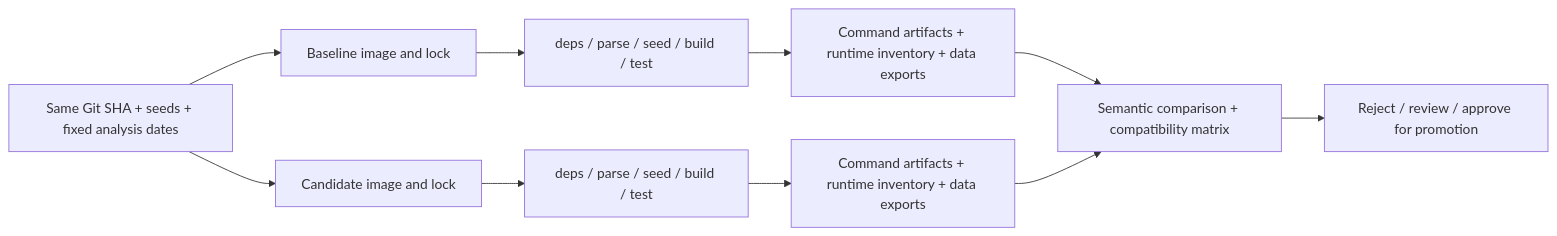
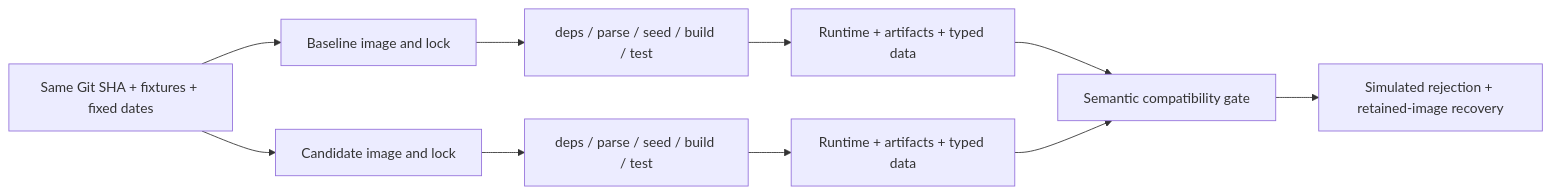
Before and after one commit to Etti95/reproducible-dbt-upgrade-lab: the diagram in README.md, drawn with Mermaid. The commit also changed other lines of this file and 8 other files, not shown here.

````diff
--- a/README.md
+++ b/README.md
@@ -58,12 +32,12 @@
 ```mermaid
 flowchart LR
-    G[Same Git SHA + seeds + fixed analysis dates] --> B[Baseline image and lock]
+    G[Same Git SHA + fixtures + fixed dates] --> B[Baseline image and lock]
     G --> C[Candidate image and lock]
     B --> BV[deps / parse / seed / build / test]
     C --> CV[deps / parse / seed / build / test]
-    BV --> BA[Command artifacts + runtime inventory + data exports]
-    CV --> CA[Command artifacts + runtime inventory + data exports]
-    BA --> R[Semantic comparison + compatibility matrix]
+    BV --> BA[Runtime + artifacts + typed data]
+    CV --> CA[Runtime + artifacts + typed data]
+    BA --> R[Semantic compatibility gate]
     CA --> R
-    R --> D[Reject / review / approve for promotion]
+    R --> D[Simulated rejection + retained-image recovery]
 ```
````
